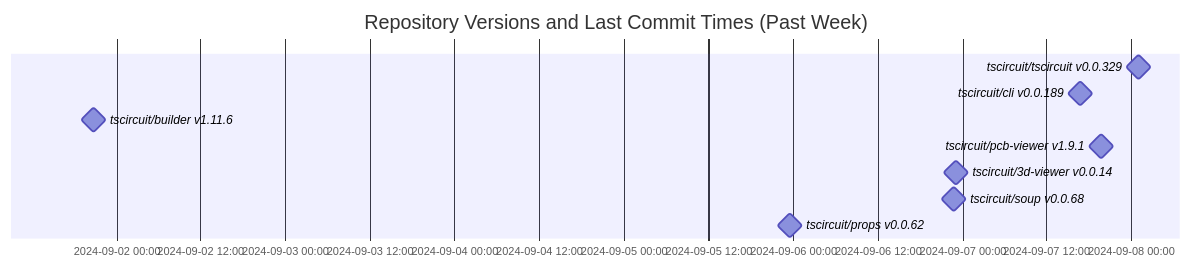
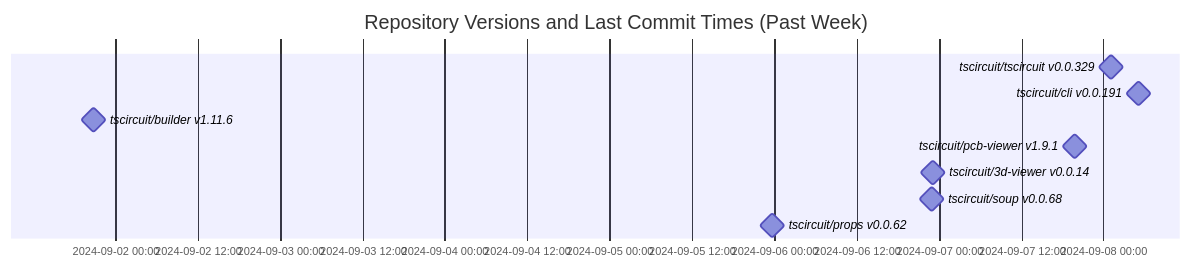
Before and after one commit to tscircuit/version-tracker: the diagram in README.md, drawn with Mermaid.

Commit message:
Update chart

````diff
--- a/README.md
+++ b/README.md
@@ -1,14 +1,14 @@
 ```mermaid
 gantt
   dateFormat  YYYY-MM-DD HH:mm:ss
   title Repository Versions and Last Commit Times (Past Week)
   axisFormat %Y-%m-%d %H:%M
 
   tscircuit/tscircuit v0.0.329 : milestone, 2024-09-08 01:01:54, 1s
-  tscircuit/cli v0.0.189 : milestone, 2024-09-07 16:43:53, 1s
+  tscircuit/cli v0.0.191 : milestone, 2024-09-08 05:03:19, 1s
   tscircuit/builder v1.11.6 : milestone, 2024-09-01 20:47:46, 1s
   tscircuit/pcb-viewer v1.9.1 : milestone, 2024-09-07 19:46:23, 1s
   tscircuit/3d-viewer v0.0.14 : milestone, 2024-09-06 23:07:26, 1s
   tscircuit/soup v0.0.68 : milestone, 2024-09-06 22:51:33, 1s
   tscircuit/props v0.0.62 : milestone, 2024-09-05 23:38:33, 1s
 ```
````
